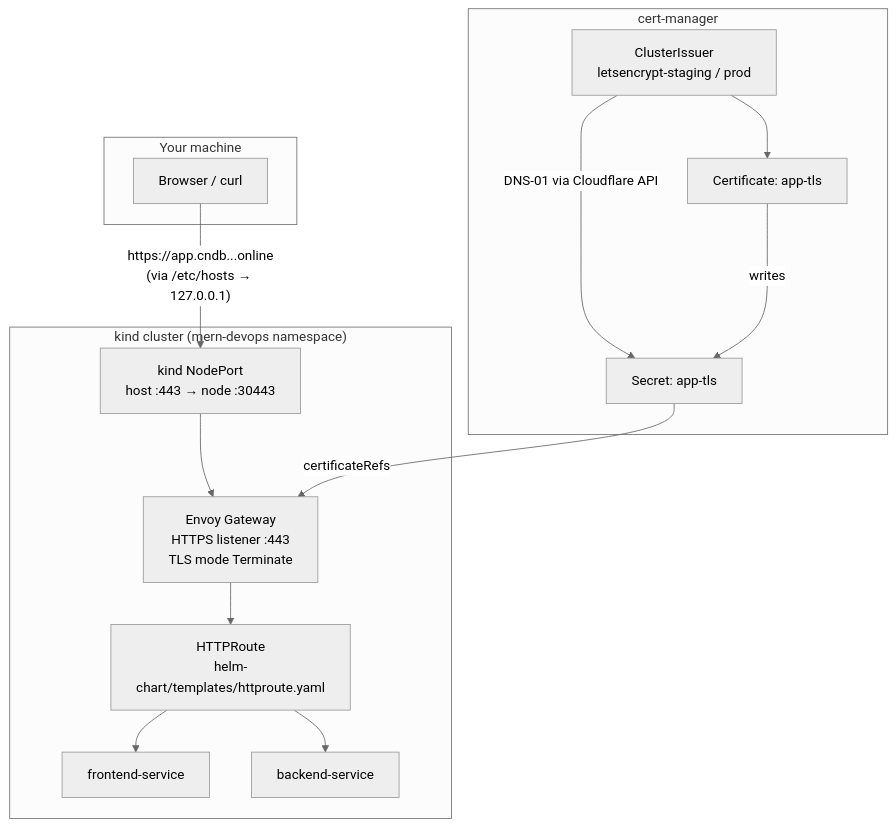
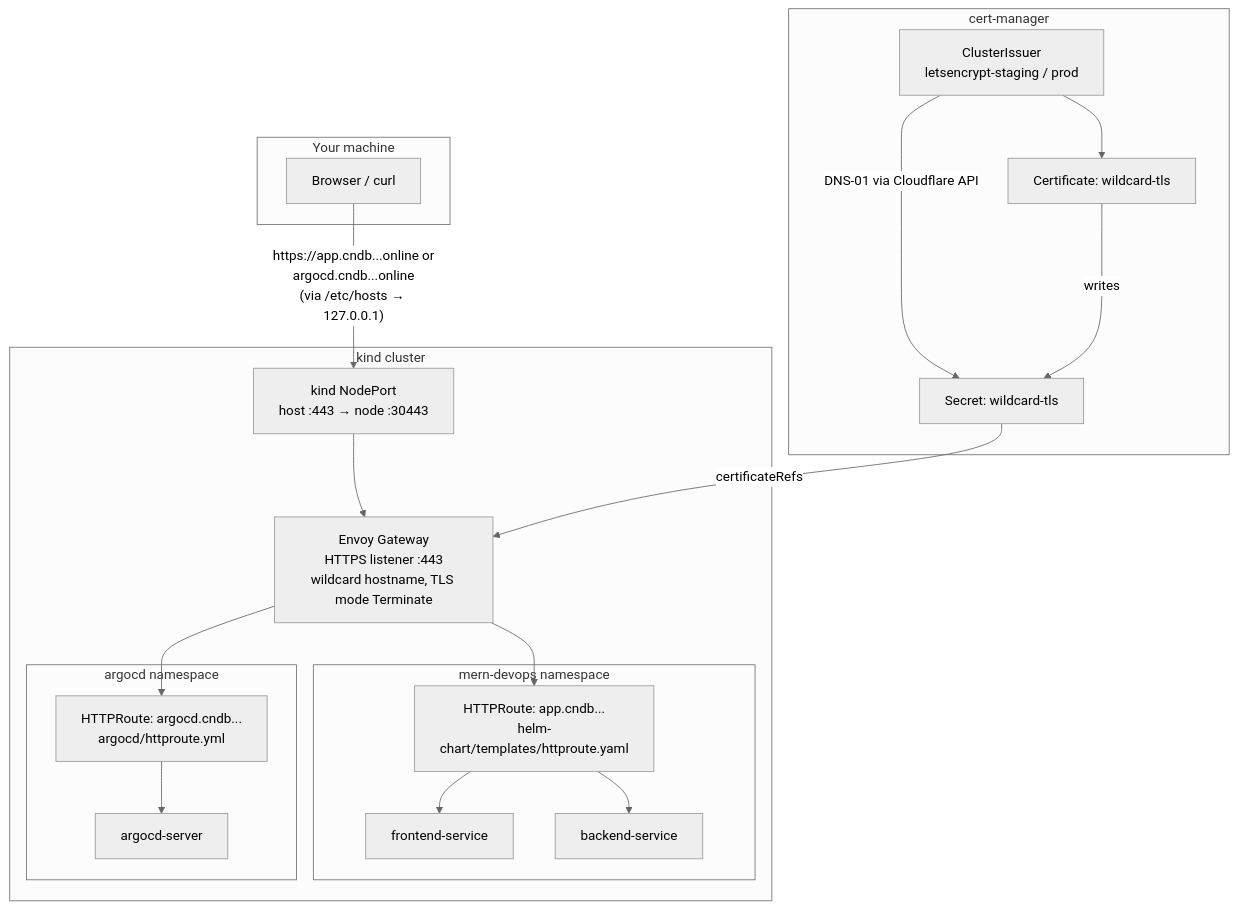
Before and after one commit to atkaridarshan04/cloudnative-devops-blueprint: the diagram in docs/tls-concepts.md, drawn with Mermaid (neutral theme). The commit also changed other lines of this file and 12 other files, not shown here.

Commit message:
add argocd gitops deployment and switch to a wildcard TLS cert

````diff
--- a/docs/tls-concepts.md
+++ b/docs/tls-concepts.md
@@ -109,31 +116,39 @@
 ```mermaid
 flowchart TD
     subgraph "Your machine"
         Browser[Browser / curl]
     end
 
-    subgraph "kind cluster (mern-devops namespace)"
+    subgraph "kind cluster"
         NP[kind NodePort<br/>host :443 → node :30443]
-        GW[Envoy Gateway<br/>HTTPS listener :443<br/>TLS mode Terminate]
-        Route[HTTPRoute<br/>helm-chart/templates/httproute.yaml]
-        FE[frontend-service]
-        BE[backend-service]
+        GW[Envoy Gateway<br/>HTTPS listener :443<br/>wildcard hostname, TLS mode Terminate]
+
+        subgraph "mern-devops namespace"
+            AppRoute[HTTPRoute: app.cndb...<br/>helm-chart/templates/httproute.yaml]
+            FE[frontend-service]
+            BE[backend-service]
+        end
+
+        subgraph "argocd namespace"
+            ArgoRoute[HTTPRoute: argocd.cndb...<br/>argocd/httproute.yml]
+            ArgoSvc[argocd-server]
+        end
     end
 
     subgraph "cert-manager"
         CI[ClusterIssuer<br/>letsencrypt-staging / prod]
-        Cert[Certificate: app-tls]
-        Secret[Secret: app-tls]
+        Cert[Certificate: wildcard-tls]
+        Secret[Secret: wildcard-tls]
     end
 
-    Browser -->|"https://app.cndb...online<br/>(via /etc/hosts → 127.0.0.1)"| NP
+    Browser -->|"https://app.cndb...online or<br/>argocd.cndb...online<br/>(via /etc/hosts → 127.0.0.1)"| NP
     NP --> GW
-    GW --> Route
-    Route --> FE
-    Route --> BE
+    GW --> AppRoute --> FE
+    AppRoute --> BE
+    GW --> ArgoRoute --> ArgoSvc
 
     CI -->|DNS-01 via Cloudflare API| Secret
     CI --> Cert
     Cert -->|writes| Secret
     Secret -->|certificateRefs| GW
 ```
````
